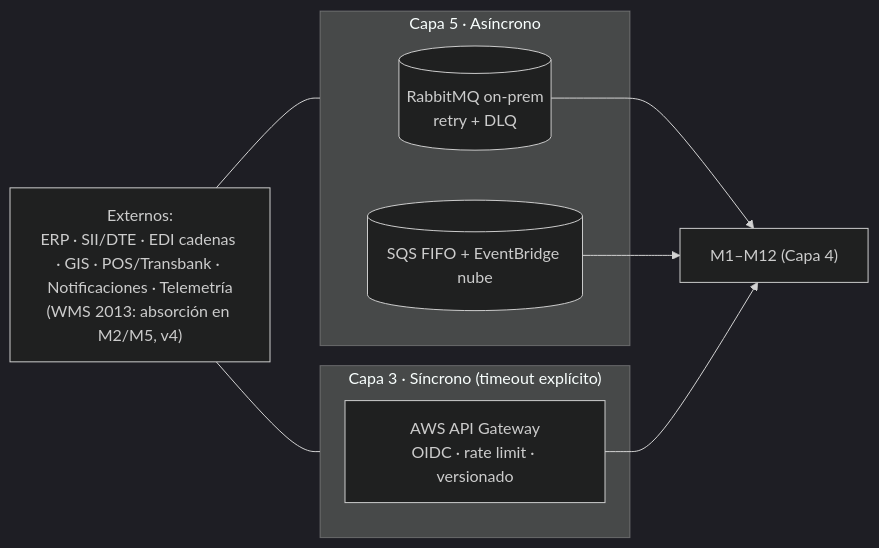
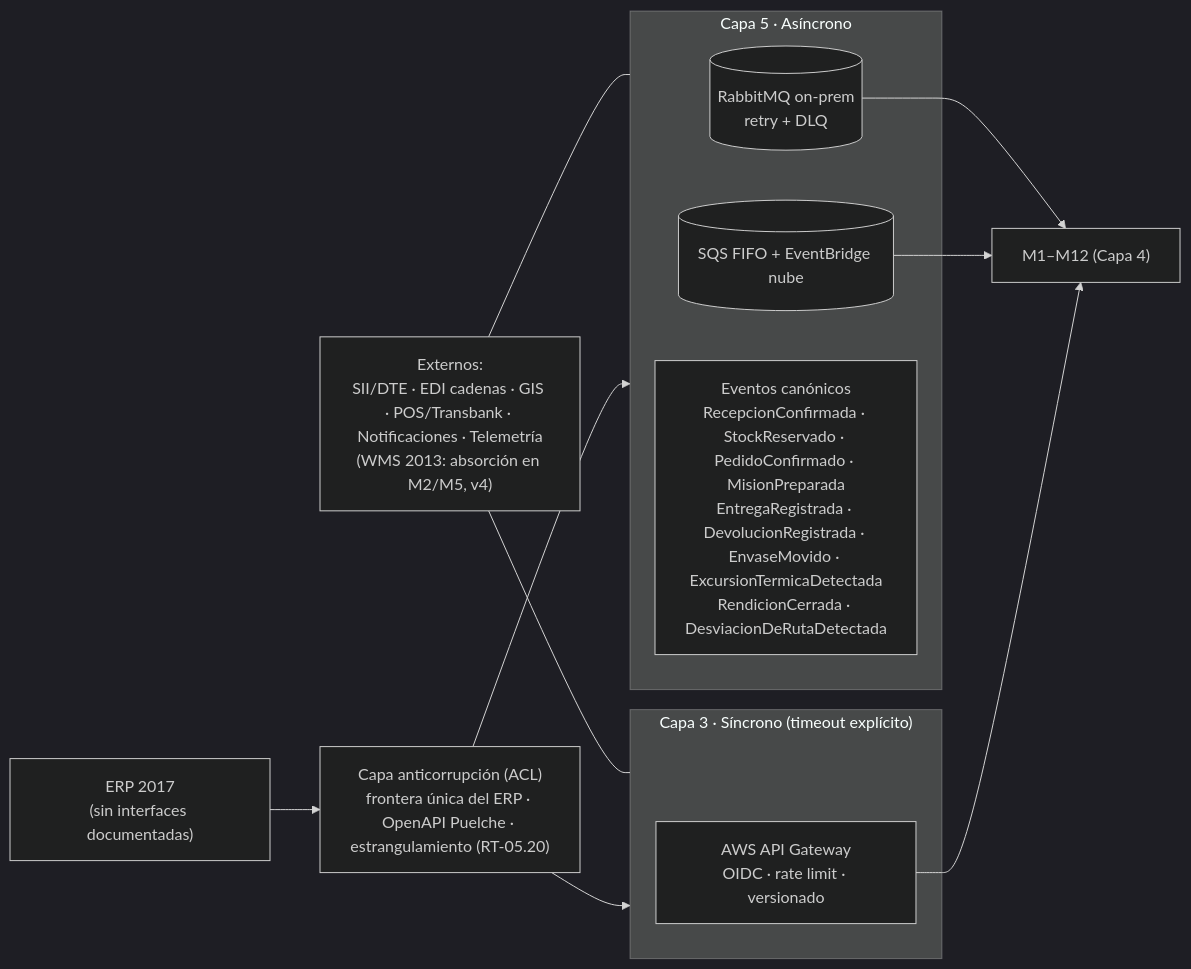
One commit to PatricioH315/LafroX changed the fifth of 14 diagrams in Arquitectura/logica/Arquitectura_Logica_v6-2.md. Above: the diagram before and after it, drawn with Mermaid (dark theme). The commit also changed other lines of this file and 1 other file, not shown here.

````diff
--- a/Arquitectura/logica/Arquitectura_Logica_v6-2.md
+++ b/Arquitectura/logica/Arquitectura_Logica_v6-2.md
@@ -1267,17 +1301,23 @@
 ```mermaid
 flowchart LR
-    EXT["Externos:<br/>ERP · SII/DTE · EDI cadenas · GIS · POS/Transbank · Notificaciones · Telemetría<br/>(WMS 2013: absorción en M2/M5, v4)"]
+    EXT["Externos:<br/>SII/DTE · EDI cadenas · GIS · POS/Transbank · Notificaciones · Telemetría<br/>(WMS 2013: absorción en M2/M5, v4)"]
+    ERP["ERP 2017<br/>(sin interfaces documentadas)"]
+    ACL["Capa anticorrupción (ACL)<br/>frontera única del ERP · OpenAPI Puelche · estrangulamiento (RT-05.20)"]
     subgraph CAP5["Capa 5 · Asíncrono"]
         RQ[("RabbitMQ on-prem<br/>retry + DLQ")]
         SQ[("SQS FIFO + EventBridge nube")]
+        EV["Eventos canónicos<br/>RecepcionConfirmada · StockReservado · PedidoConfirmado · MisionPreparada<br/>EntregaRegistrada · DevolucionRegistrada · EnvaseMovido · ExcursionTermicaDetectada<br/>RendicionCerrada · DesviacionDeRutaDetectada"]
     end
     subgraph CAP3["Capa 3 · Síncrono (timeout explícito)"]
         G["AWS API Gateway<br/>OIDC · rate limit · versionado"]
     end
     M["M1–M12 (Capa 4)"]
     EXT --- CAP5
     EXT --- CAP3
+    ERP --> ACL
+    ACL --> CAP5
+    ACL --> CAP3
     RQ --> M
     SQ --> M
     G --> M
 ```
````
